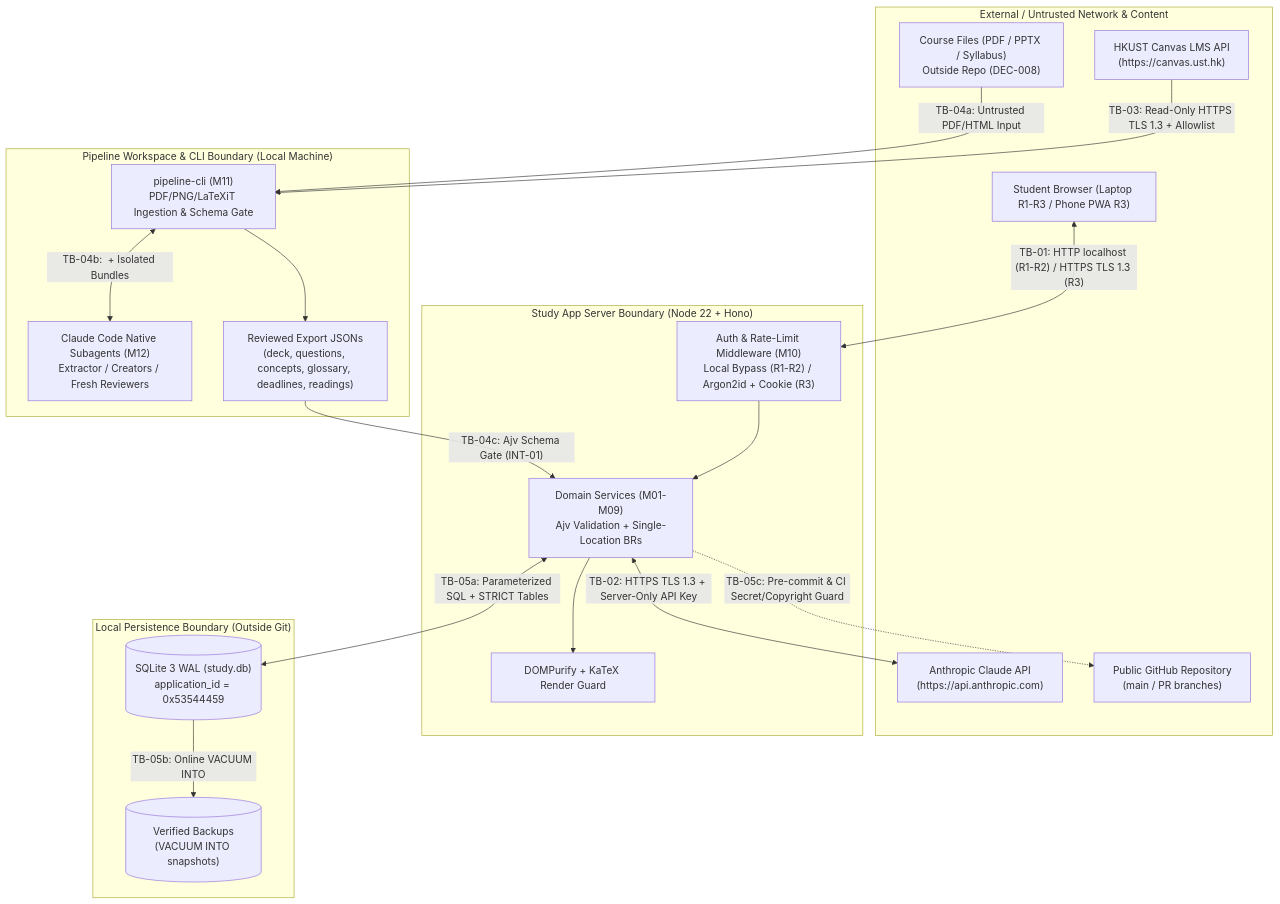
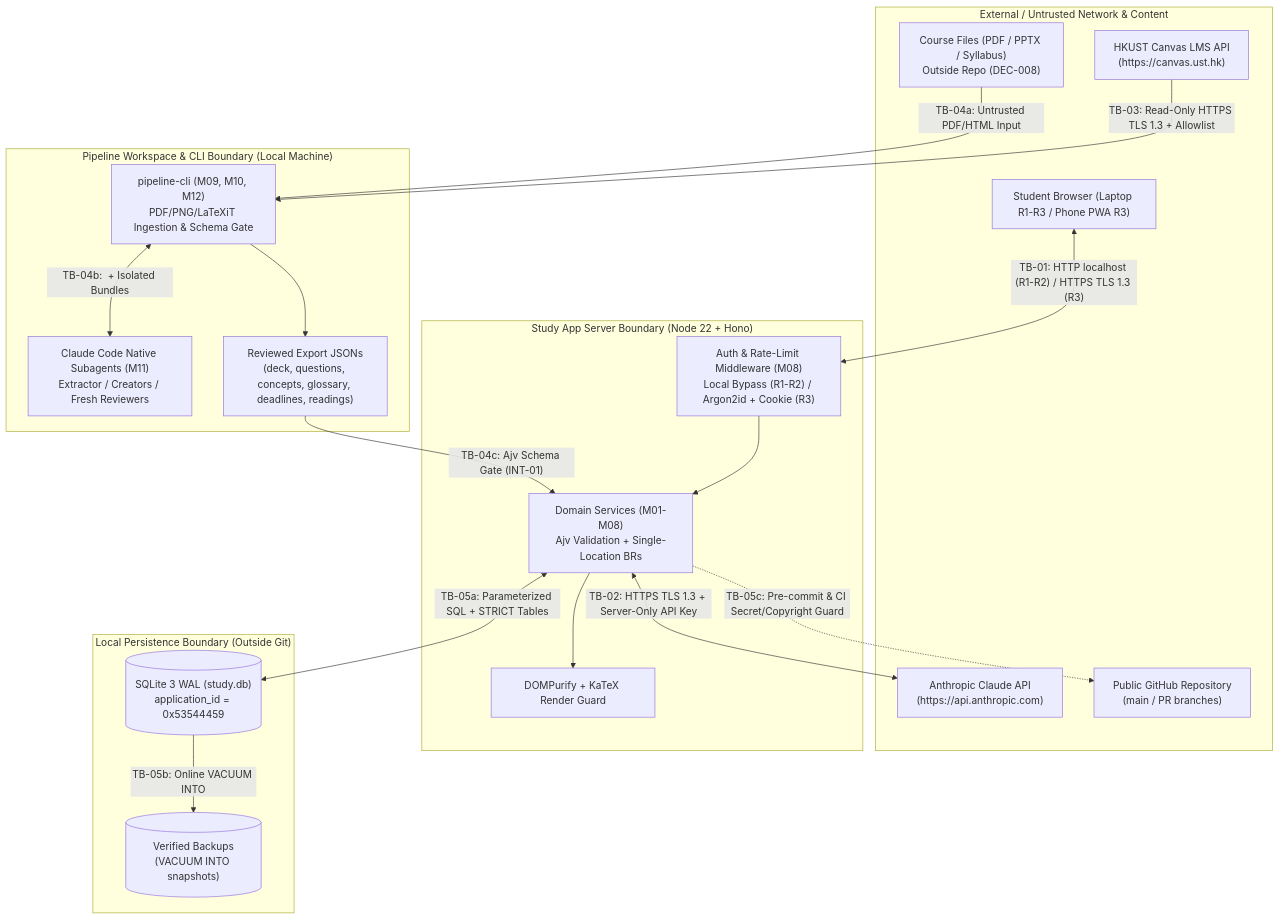
The diagram in workbook/03-design/security.md (thomasclarkpersonal-sketch/StudyApp), drawn with Mermaid before and after one commit. The commit also changed other lines of this file and 29 other files, not shown here.

````diff
--- a/workbook/03-design/security.md
+++ b/workbook/03-design/security.md
@@ -23,40 +23,40 @@
 ```mermaid
 flowchart TB
   subgraph UntrustedExt["External / Untrusted Network & Content"]
     Browser["Student Browser (Laptop R1-R3 / Phone PWA R3)"]
     CourseFiles["Course Files (PDF / PPTX / Syllabus)<br/>Outside Repo (DEC-008)"]
     CanvasAPI["HKUST Canvas LMS API<br/>(https://canvas.ust.hk)"]
     ClaudeAPI["Anthropic Claude API<br/>(https://api.anthropic.com)"]
     GitRepo["Public GitHub Repository<br/>(main / PR branches)"]
   end
 
   subgraph TB04_Pipeline["Pipeline Workspace & CLI Boundary (Local Machine)"]
-    PipelineCLI["pipeline-cli (M11)<br/>PDF/PNG/LaTeXiT Ingestion & Schema Gate"]
-    ClaudeCode["Claude Code Native Subagents (M12)<br/>Extractor / Creators / Fresh Reviewers"]
+    PipelineCLI["pipeline-cli (M09, M10, M12)<br/>PDF/PNG/LaTeXiT Ingestion & Schema Gate"]
+    ClaudeCode["Claude Code Native Subagents (M11)<br/>Extractor / Creators / Fresh Reviewers"]
     ExportJSON["Reviewed Export JSONs<br/>(deck, questions, concepts, glossary, deadlines, readings)"]
   end
 
   subgraph TB01_Server["Study App Server Boundary (Node 22 + Hono)"]
-    AuthMW["Auth & Rate-Limit Middleware (M10)<br/>Local Bypass (R1-R2) / Argon2id + Cookie (R3)"]
-    DomainSvc["Domain Services (M01-M09)<br/>Ajv Validation + Single-Location BRs"]
+    AuthMW["Auth & Rate-Limit Middleware (M08)<br/>Local Bypass (R1-R2) / Argon2id + Cookie (R3)"]
+    DomainSvc["Domain Services (M01-M08)<br/>Ajv Validation + Single-Location BRs"]
     Sanitizer["DOMPurify + KaTeX Render Guard"]
   end
 
   subgraph TB05_Storage["Local Persistence Boundary (Outside Git)"]
     SQLiteDB[("SQLite 3 WAL (study.db)<br/>application_id = 0x53544459")]
     BackupDir[("Verified Backups<br/>(VACUUM INTO snapshots)")]
   end
 
   Browser <-->|"TB-01: HTTP localhost (R1-R2) / HTTPS TLS 1.3 (R3)"| AuthMW
   AuthMW --> DomainSvc
   DomainSvc --> Sanitizer
   DomainSvc <-->|"TB-02: HTTPS TLS 1.3 + Server-Only API Key"| ClaudeAPI
   CanvasAPI -->|"TB-03: Read-Only HTTPS TLS 1.3 + Allowlist"| PipelineCLI
   CourseFiles -->|"TB-04a: Untrusted PDF/HTML Input"| PipelineCLI
   PipelineCLI <-->|"TB-04b: <untrusted_course_material> + Isolated Bundles"| ClaudeCode
   PipelineCLI --> ExportJSON
   ExportJSON -->|"TB-04c: Ajv Schema Gate (INT-01)"| DomainSvc
   DomainSvc <-->|"TB-05a: Parameterized SQL + STRICT Tables"| SQLiteDB
   SQLiteDB -->|"TB-05b: Online VACUUM INTO"| BackupDir
   DomainSvc -.->|"TB-05c: Pre-commit & CI Secret/Copyright Guard"| GitRepo
 ```
````
